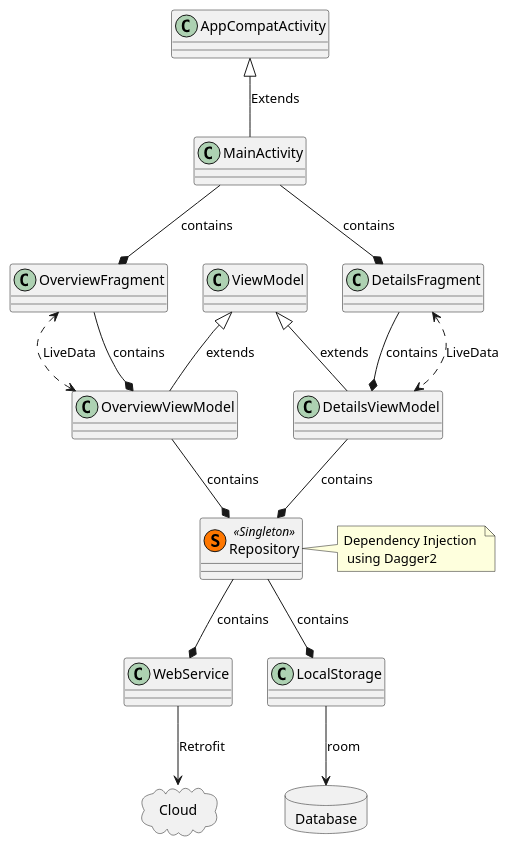
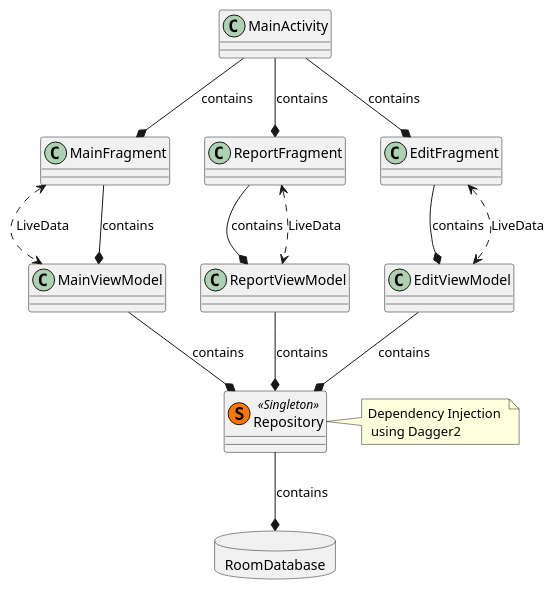
The diagram in docs/puml/classdiagram.puml (viniciushisao/timesheet-android-app), drawn with PlantUML before and after one commit. The commit also changed 4 other files, not shown here.

```diff
--- a/docs/puml/classdiagram.puml
+++ b/docs/puml/classdiagram.puml
@@ -1,28 +1,28 @@
 @startuml
 
 class Repository << (S,#FF7700) Singleton >>
 class Repository
     note right: Dependency Injection \n using Dagger2
-package Cloud <<Cloud>> {
-}
-package Database <<Database>> {
+
+package RoomDatabase <<Database>> {
 }
 
+MainActivity  --*  MainFragment : contains
+MainActivity  --*  ReportFragment : contains
+ReportFragment --* ReportViewModel :  contains
+EditFragment --* EditViewModel :  contains
+MainActivity  --*  EditFragment : contains
 
-AppCompatActivity <|-- MainActivity   : Extends
-MainActivity  --*  OverviewFragment : contains
-MainActivity  --*  DetailsFragment : contains
-DetailsFragment --* DetailsViewModel :  contains
-DetailsFragment <..> DetailsViewModel :  LiveData
-OverviewFragment --* OverviewViewModel : contains
-OverviewFragment <..> OverviewViewModel : LiveData
-ViewModel <|-- OverviewViewModel: extends
-ViewModel <|-- DetailsViewModel: extends
-DetailsViewModel --* Repository : contains
-OverviewViewModel --* Repository : contains
-Repository --* WebService : contains
-Repository --* LocalStorage : contains
-WebService --> Cloud :Retrofit
-LocalStorage --> Database: room
+EditFragment <..> EditViewModel :  LiveData
+ReportFragment <..> ReportViewModel :  LiveData
+MainFragment <..> MainViewModel : LiveData
+MainFragment --* MainViewModel : contains
+
+ReportViewModel --* Repository : contains
+MainViewModel --* Repository : contains
+EditViewModel --* Repository : contains
+
+Repository --* RoomDatabase: contains
+
 
 @enduml
```
